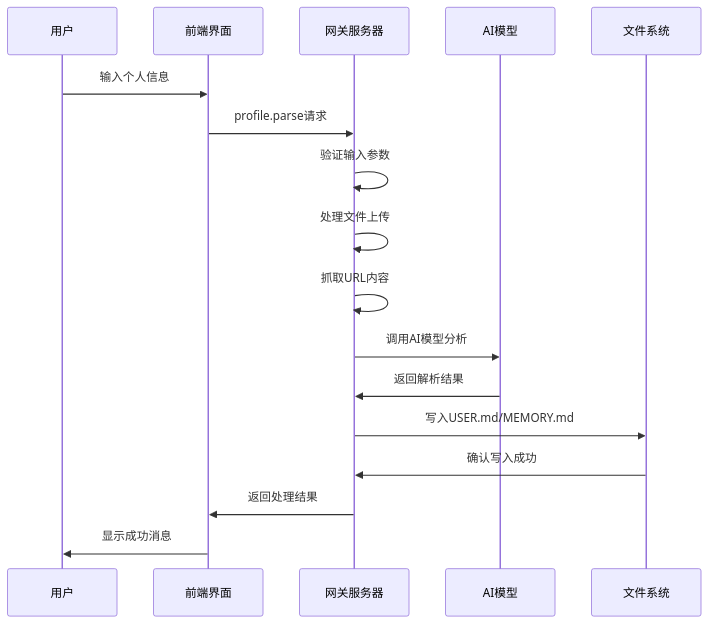
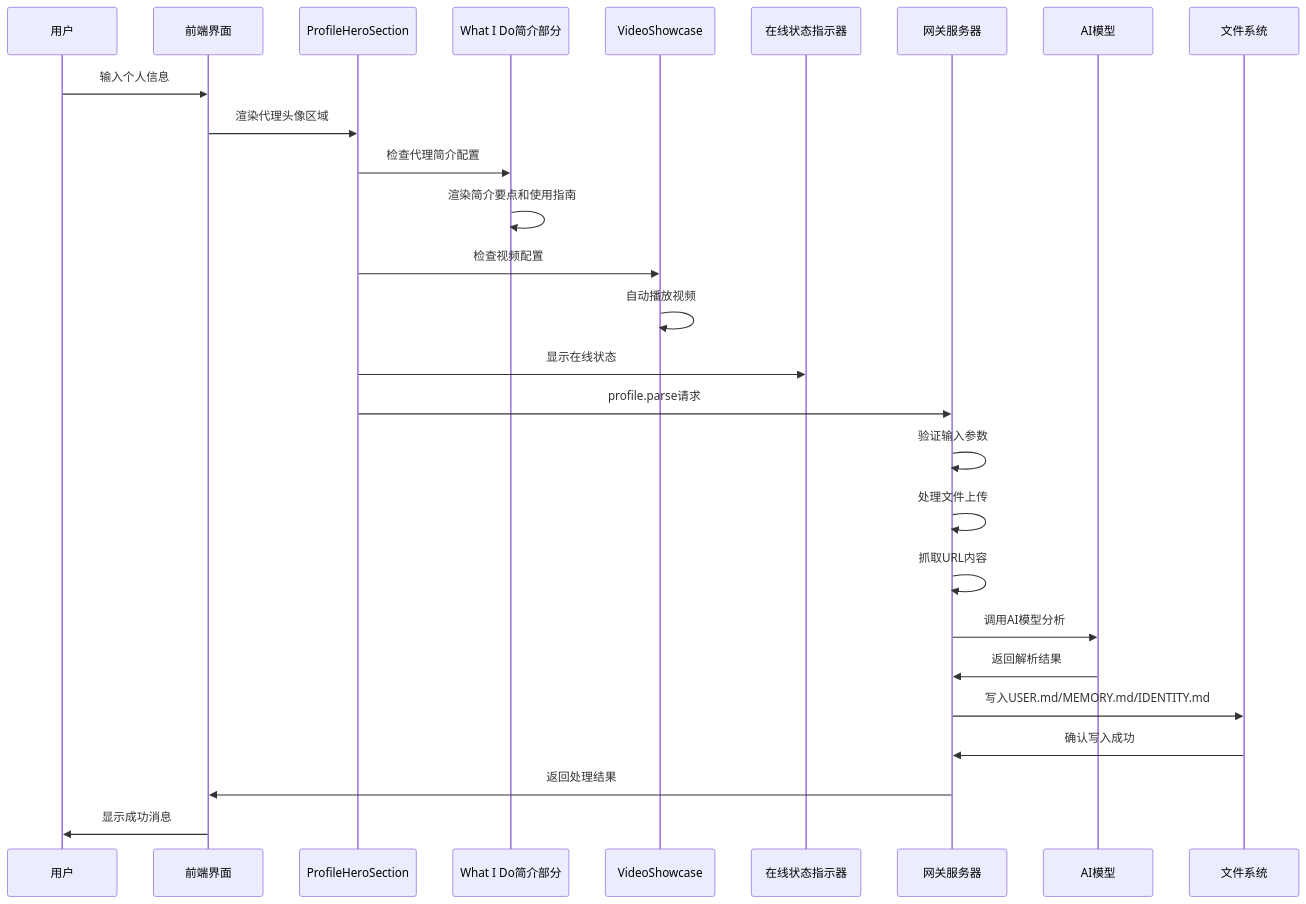
One commit to verse-ai-org/openclaw changed the second of 11 diagrams in .qoder/repowiki/zh/content/核心概念/Profile功能设计文档/Profile功能设计文档.md. Above: the diagram before and after it, drawn with Mermaid. The commit also changed other lines of this file and 55 other files, not shown here.

````diff
--- a/.qoder/repowiki/zh/content/核心概念/Profile功能设计文档/Profile功能设计文档.md
+++ b/.qoder/repowiki/zh/content/核心概念/Profile功能设计文档/Profile功能设计文档.md
@@ -122,19 +174,29 @@
 ```mermaid
 sequenceDiagram
 participant User as 用户
 participant UI as 前端界面
+participant Hero as ProfileHeroSection
+participant WhatIDo as What I Do简介部分
+participant Video as VideoShowcase
+participant Online as 在线状态指示器
 participant GW as 网关服务器
 participant AI as AI模型
 participant FS as 文件系统
 User->>UI : 输入个人信息
-UI->>GW : profile.parse请求
+UI->>Hero : 渲染代理头像区域
+Hero->>WhatIDo : 检查代理简介配置
+WhatIDo->>WhatIDo : 渲染简介要点和使用指南
+Hero->>Video : 检查视频配置
+Video->>Video : 自动播放视频
+Hero->>Online : 显示在线状态
+Hero->>GW : profile.parse请求
 GW->>GW : 验证输入参数
 GW->>GW : 处理文件上传
 GW->>GW : 抓取URL内容
 GW->>AI : 调用AI模型分析
 AI->>GW : 返回解析结果
-GW->>FS : 写入USER.md/MEMORY.md
+GW->>FS : 写入USER.md/MEMORY.md/IDENTITY.md
 FS->>GW : 确认写入成功
 GW->>UI : 返回处理结果
 UI->>User : 显示成功消息
 ```
````
